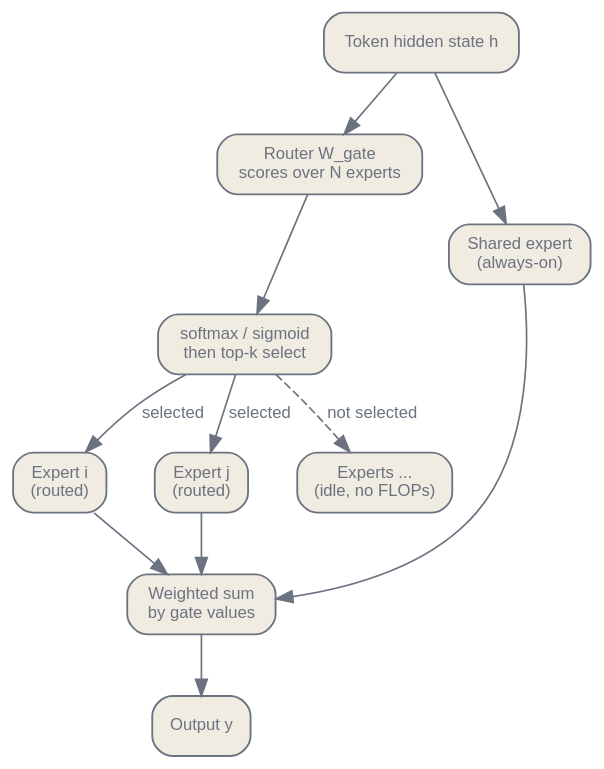
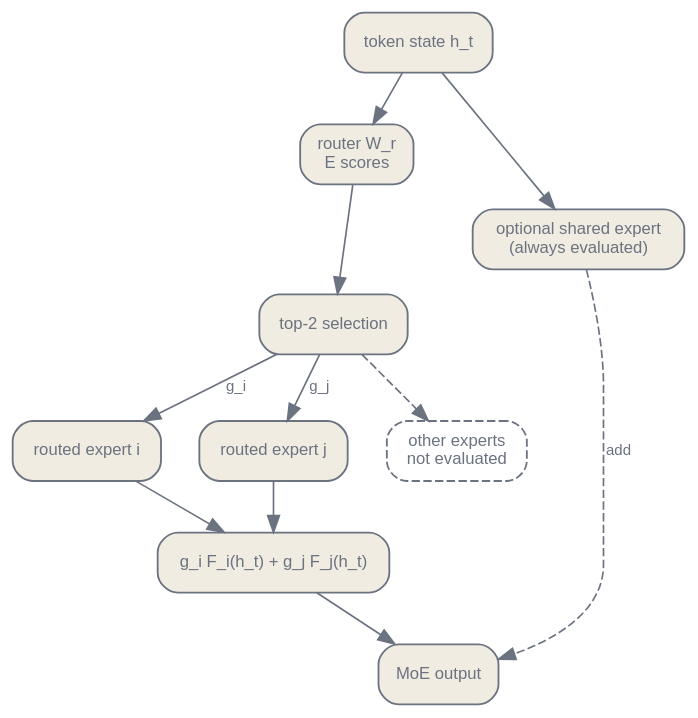
The first of 2 diagrams in en/foundations/05-moe-ssm-hybrids.qmd (latere-ai/ai-as-an-infrastructure), drawn with Graphviz before and after one commit. The commit also changed other lines of this file and 15 other files, not shown here.

Commit message:
book: rewrite MoE and hybrid architecture chapter

````diff
--- a/en/foundations/05-moe-ssm-hybrids.qmd
+++ b/en/foundations/05-moe-ssm-hybrids.qmd
@@ -67,32 +89,31 @@
 ```{dot}
 //| label: fig-moe-routing
-//| fig-cap: "One token through an MoE layer. The router scores all N experts, the top-k routed experts are weighted and summed, and an always-on shared expert runs in parallel. After Shazeer et al., 2017 and Dai et al., 2024."
-digraph {
+//| fig-cap: "One top-2 MoE path. The router scores all routed experts, selects two, and combines their FFN outputs with gate weights. An optional shared expert is evaluated separately and added without a routed gate."
+digraph moe {
   bgcolor="transparent";
   rankdir=TB;
-  nodesep=0.4; ranksep=0.5;
+  nodesep=0.32; ranksep=0.42;
   node [shape=box, style="rounded,filled", fontname="Helvetica", fontsize=10, color="#6b7280", fontcolor="#6b7280", fillcolor="#f1ece1", penwidth=1.1];
-  edge [fontsize=10, fontname="Helvetica", color="#6b7280", fontcolor="#6b7280"];
+  edge [fontsize=9, fontname="Helvetica", color="#6b7280", fontcolor="#6b7280"];
 
-  h [label="Token hidden state h"];
-  gate [label="Router W_gate\nscores over N experts"];
-  sm [label="softmax / sigmoid\nthen top-k select"];
-  e1 [label="Expert i\n(routed)"];
-  e2 [label="Expert j\n(routed)"];
-  eN [label="Experts ...\n(idle, no FLOPs)"];
-  shared [label="Shared expert\n(always-on)"];
-  sum [label="Weighted sum\nby gate values"];
-  y [label="Output y"];
+  h [label="token state h_t"];
+  r [label="router W_r\nE scores"];
+  k [label="top-2 selection"];
+  e1 [label="routed expert i"];
+  e2 [label="routed expert j"];
+  idle [label="other experts\nnot evaluated", style="rounded,dashed"];
+  mix [label="g_i F_i(h_t) + g_j F_j(h_t)"];
+  shared [label="optional shared expert\n(always evaluated)"];
+  out [label="MoE output"];
 
-  h -> gate;
-  gate -> sm;
-  sm -> e1 [label="selected"];
-  sm -> e2 [label="selected"];
-  sm -> eN [style=dashed, label="not selected"];
+  h -> r -> k;
+  k -> e1 [label="g_i"];
+  k -> e2 [label="g_j"];
+  k -> idle [style=dashed];
+  e1 -> mix;
+  e2 -> mix;
   h -> shared;
-  e1 -> sum;
-  e2 -> sum;
-  shared -> sum;
-  sum -> y;
+  mix -> out;
+  shared -> out [label="add", style=dashed];
 }
 ```
````
